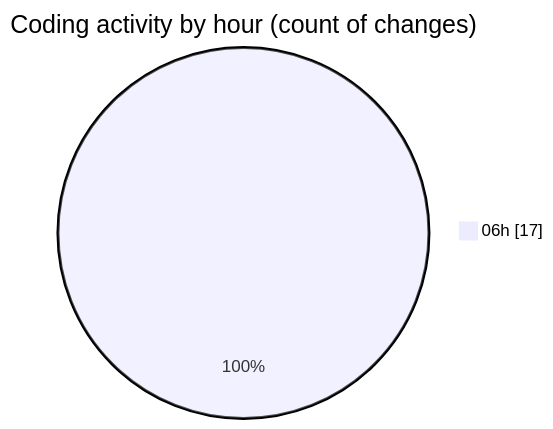
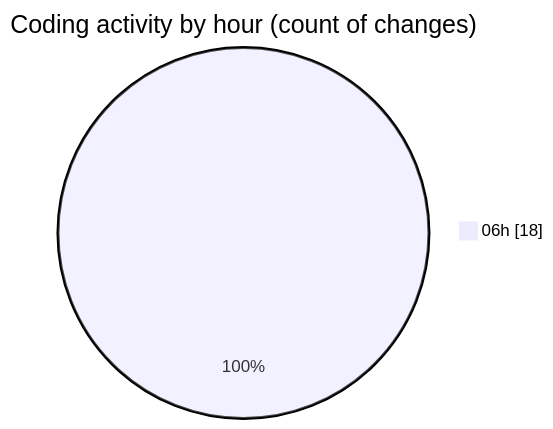
One commit to vahidmafi/code-tracking changed the second of 2 diagrams in 2025-08-26/shop/README.md. Above: the diagram before and after it, drawn with Mermaid. The commit also changed other lines of this file and 1 other file, not shown here.

````diff
--- a/2025-08-26/shop/README.md
+++ b/2025-08-26/shop/README.md
@@ -33,5 +33,5 @@
 ```mermaid
 pie showData
 title Coding activity by hour (count of changes)
-"06h" : 17
+"06h" : 18
 ```
````
